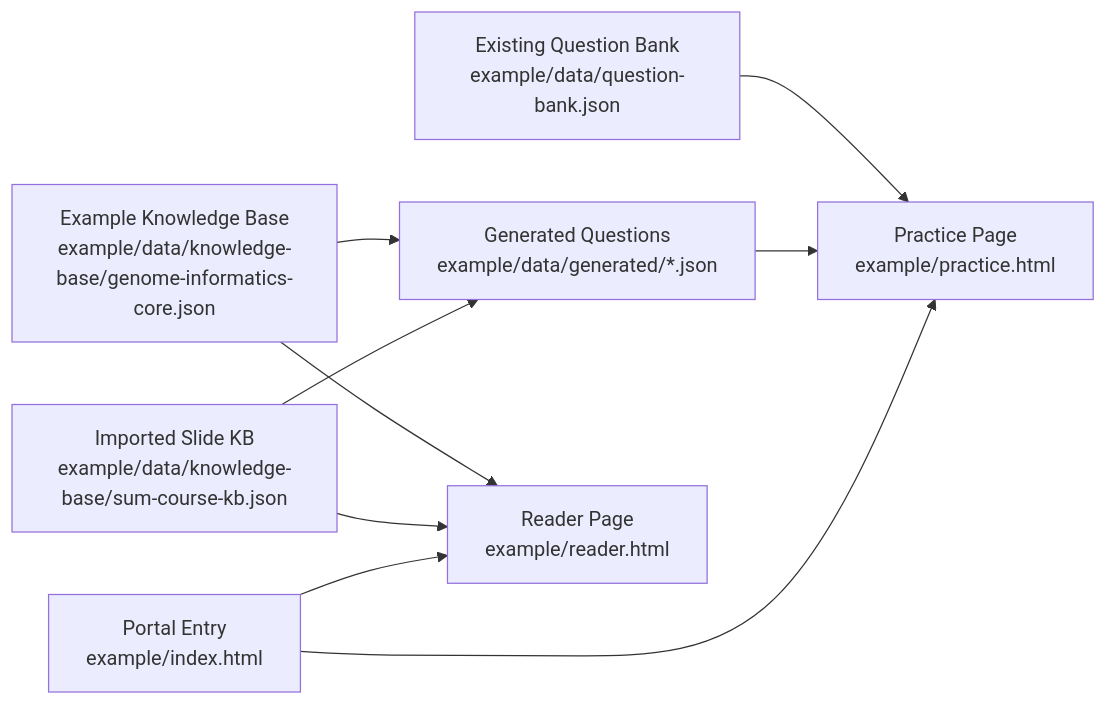
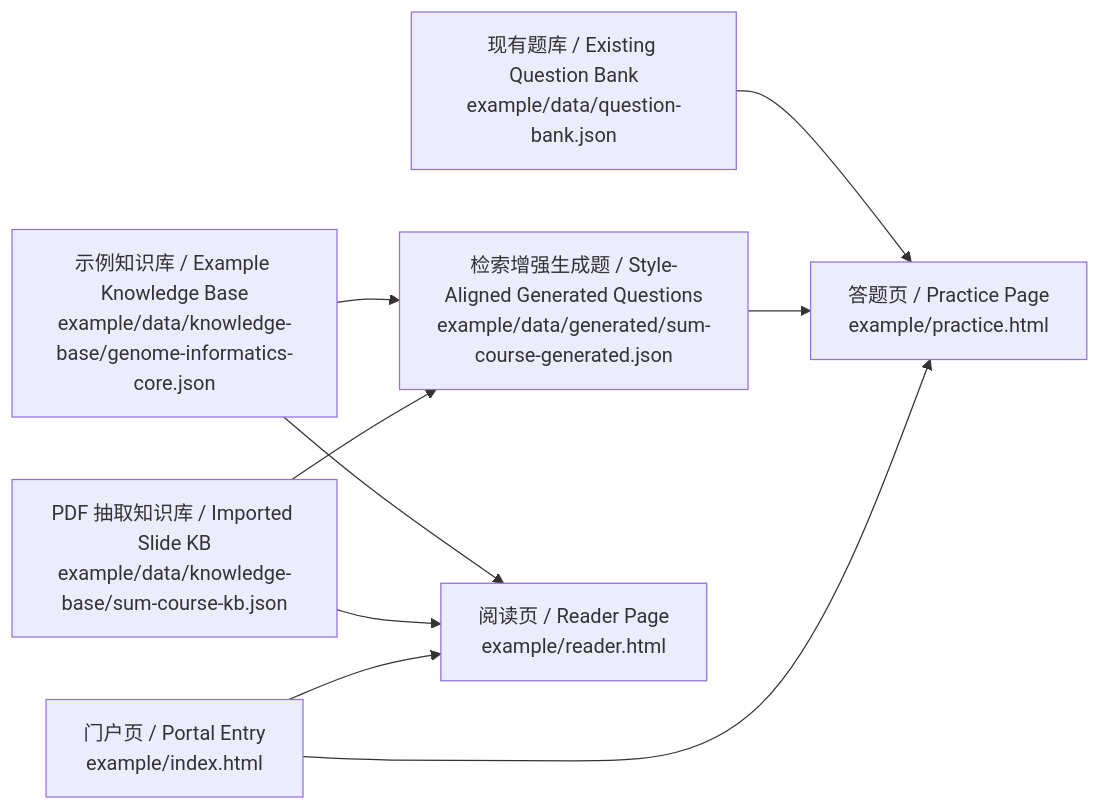
One commit to Starry-49/SynQuest changed the second of 2 diagrams in README.md. Above: the diagram before and after it, drawn with Mermaid. The commit also changed other lines of this file and 6 other files, not shown here.

````diff
--- a/README.md
+++ b/README.md
@@ -195,19 +210,19 @@
 ```mermaid
 flowchart LR
-    A["Example Knowledge Base<br/>example/data/knowledge-base/genome-informatics-core.json"]
-    B["Imported Slide KB<br/>example/data/knowledge-base/sum-course-kb.json"]
-    C["Existing Question Bank<br/>example/data/question-bank.json"]
-    D["Generated Questions<br/>example/data/generated/*.json"]
-    E["Practice Page<br/>example/practice.html"]
-    F["Reader Page<br/>example/reader.html"]
-    G["Portal Entry<br/>example/index.html"]
+    A["示例知识库 / Example Knowledge Base<br/>example/data/knowledge-base/genome-informatics-core.json"]
+    B["PDF 抽取知识库 / Imported Slide KB<br/>example/data/knowledge-base/sum-course-kb.json"]
+    C["现有题库 / Existing Question Bank<br/>example/data/question-bank.json"]
+    D["检索增强生成题 / Style-Aligned Generated Questions<br/>example/data/generated/sum-course-generated.json"]
+    E["答题页 / Practice Page<br/>example/practice.html"]
+    F["阅读页 / Reader Page<br/>example/reader.html"]
+    G["门户页 / Portal Entry<br/>example/index.html"]
 
     A --> D
     B --> D
     A --> F
     B --> F
     C --> E
     D --> E
     G --> E
     G --> F
 ```
````
